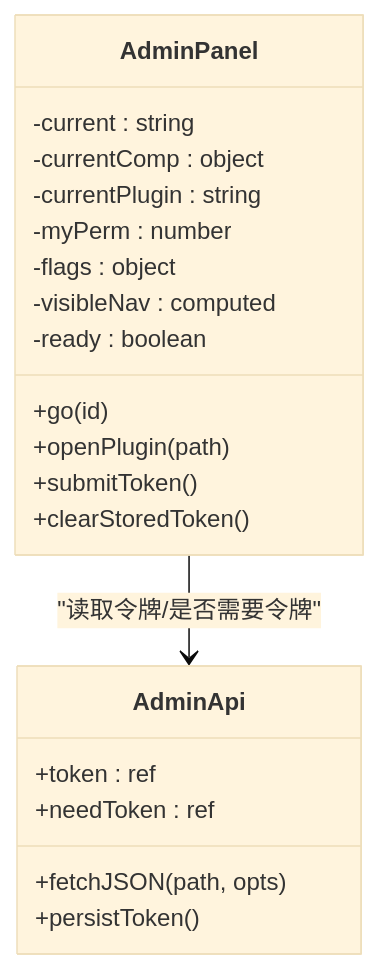
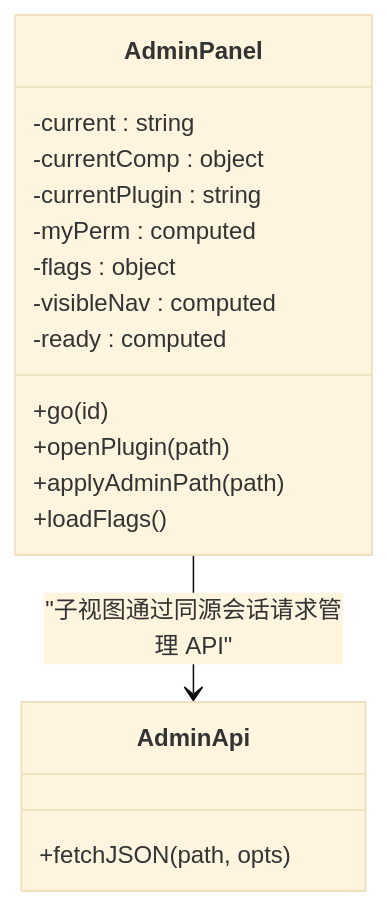
The fourth of 16 diagrams in docs/handbook/前端架构.md (YimingZhanshen/skin-nexus), drawn with Mermaid (base theme) before and after one commit. The commit also changed other lines of this file and 24 other files, not shown here.

````diff
--- a/docs/handbook/前端架构.md
+++ b/docs/handbook/前端架构.md
@@ -202,23 +206,20 @@
 ```mermaid
 classDiagram
     class AdminPanel {
         -current : string
         -currentComp : object
         -currentPlugin : string
-        -myPerm : number
+        -myPerm : computed
         -flags : object
         -visibleNav : computed
-        -ready : boolean
+        -ready : computed
         +go(id)
         +openPlugin(path)
-        +submitToken()
-        +clearStoredToken()
+        +applyAdminPath(path)
+        +loadFlags()
     }
     class AdminApi {
-        +token : ref
-        +needToken : ref
         +fetchJSON(path, opts)
-        +persistToken()
     }
-    AdminPanel --> AdminApi : "读取令牌/是否需要令牌"
+    AdminPanel --> AdminApi : "子视图通过同源会话请求管理 API"
 ```
````
